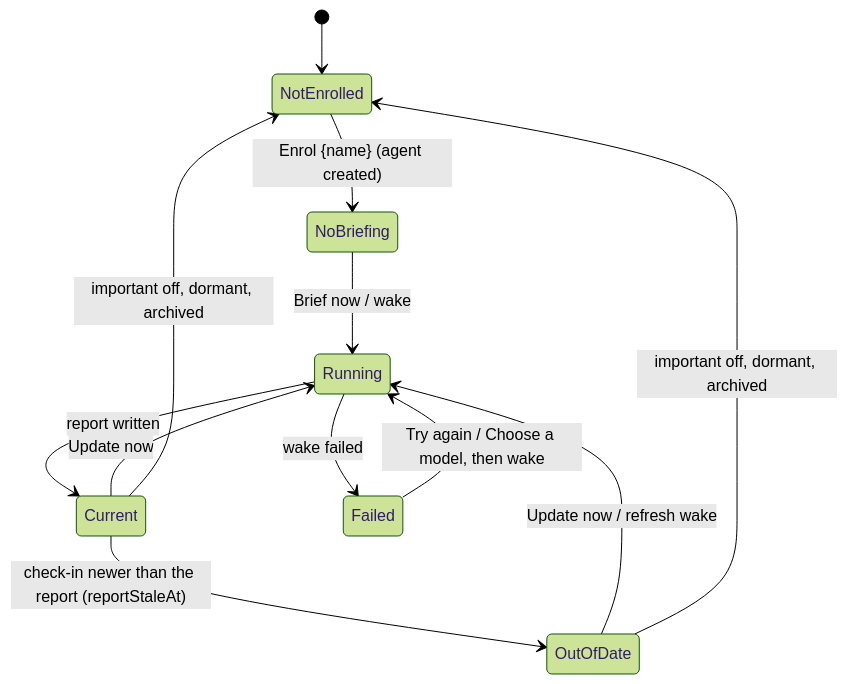
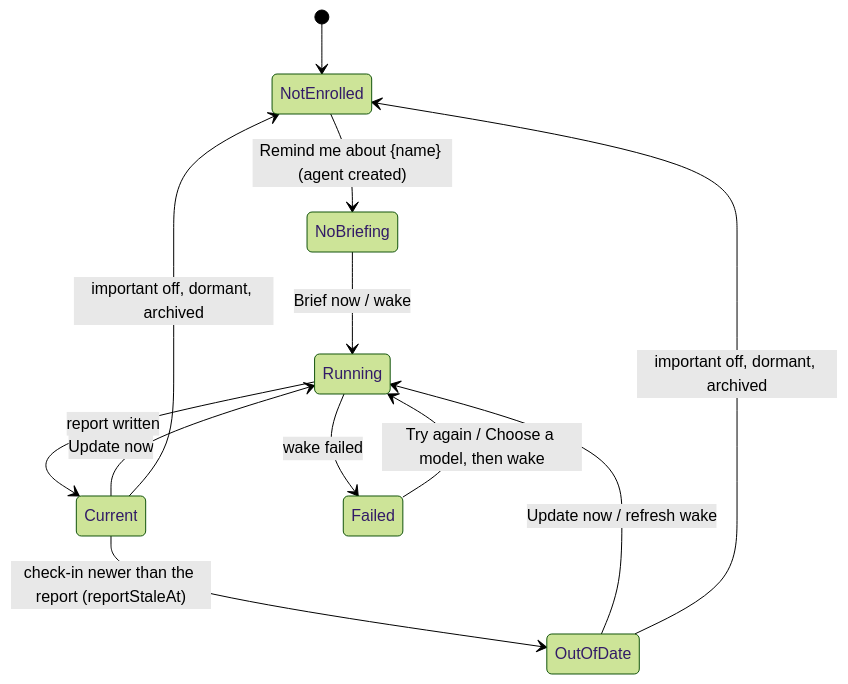
Before and after one commit to matthiasn/lotti: the seventh of 15 diagrams in knowledge/features/relationships.md, drawn with Mermaid (forest theme). The commit also changed other lines of this file and 33 other files, not shown here.

````diff
--- a/knowledge/features/relationships.md
+++ b/knowledge/features/relationships.md
@@ -1180,14 +1190,14 @@
 ```mermaid
 stateDiagram-v2
   [*] --> NotEnrolled
-  NotEnrolled --> NoBriefing: Enrol {name} (agent created)
+  NotEnrolled --> NoBriefing: Remind me about {name} (agent created)
   NoBriefing --> Running: Brief now / wake
   Running --> Current: report written
   Running --> Failed: wake failed
   Failed --> Running: Try again / Choose a model, then wake
   Current --> OutOfDate: check-in newer than the report (reportStaleAt)
   OutOfDate --> Running: Update now / refresh wake
   Current --> Running: Update now
   Current --> NotEnrolled: important off, dormant, archived
   OutOfDate --> NotEnrolled: important off, dormant, archived
 ```
````
